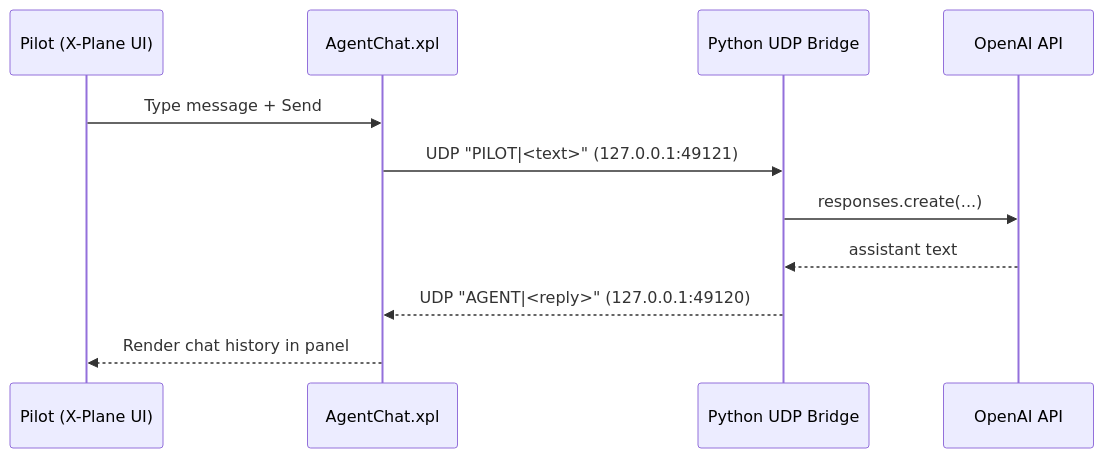
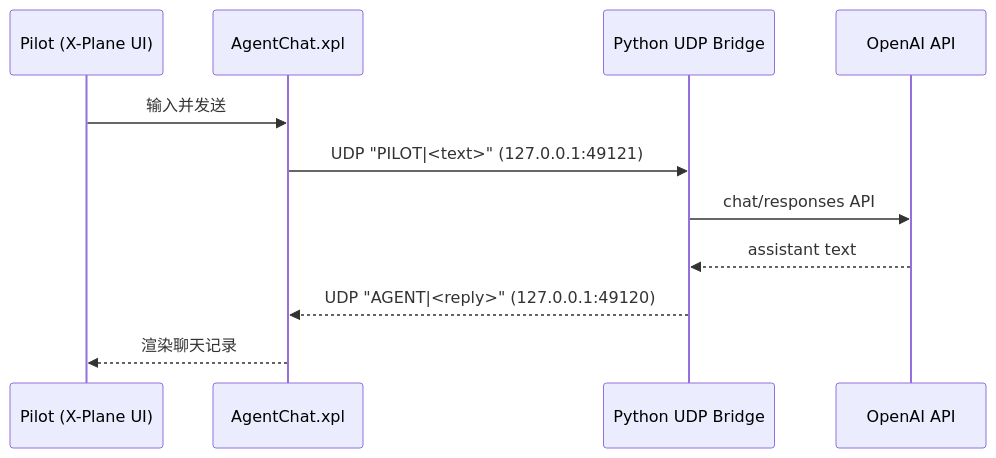
The diagram in xplane_agent_chat_plugin/README.md (wangsc18/Copilot_Agent), drawn with Mermaid before and after one commit. The commit also changed other lines of this file and 14 other files, not shown here.

Commit message:
Refactor co-pilot flow: fast/slow gating, async background tools, and docs refresh

````diff
--- a/xplane_agent_chat_plugin/README.md
+++ b/xplane_agent_chat_plugin/README.md
@@ -10,14 +9,14 @@
 ```mermaid
 sequenceDiagram
     participant Pilot as Pilot (X-Plane UI)
     participant Plugin as AgentChat.xpl
     participant Bridge as Python UDP Bridge
     participant LLM as OpenAI API
 
-    Pilot->>Plugin: Type message + Send
+    Pilot->>Plugin: 输入并发送
     Plugin->>Bridge: UDP "PILOT|<text>" (127.0.0.1:49121)
-    Bridge->>LLM: responses.create(...)
+    Bridge->>LLM: chat/responses API
     LLM-->>Bridge: assistant text
     Bridge-->>Plugin: UDP "AGENT|<reply>" (127.0.0.1:49120)
-    Plugin-->>Pilot: Render chat history in panel
+    Plugin-->>Pilot: 渲染聊天记录
 ```
````
